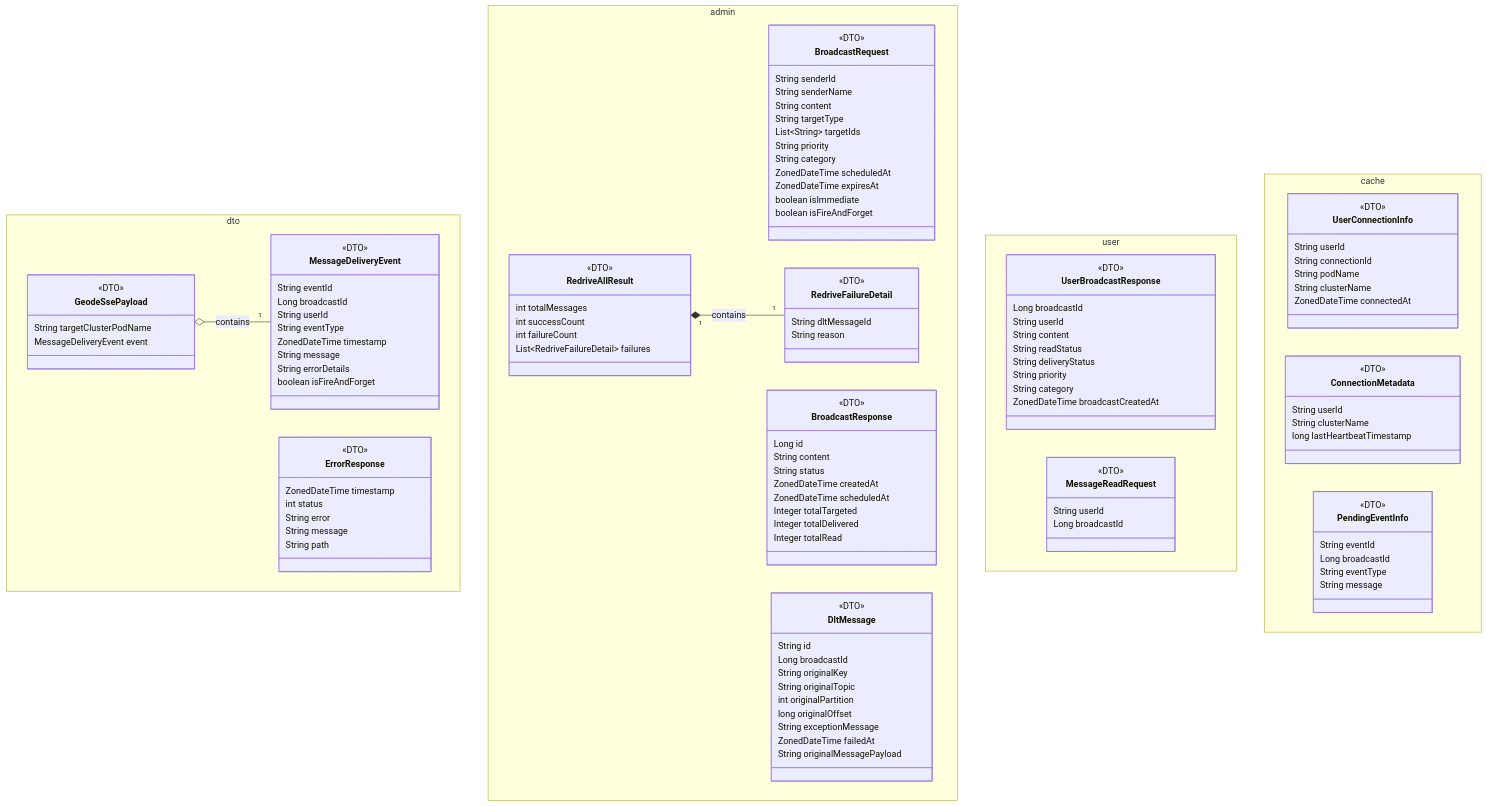
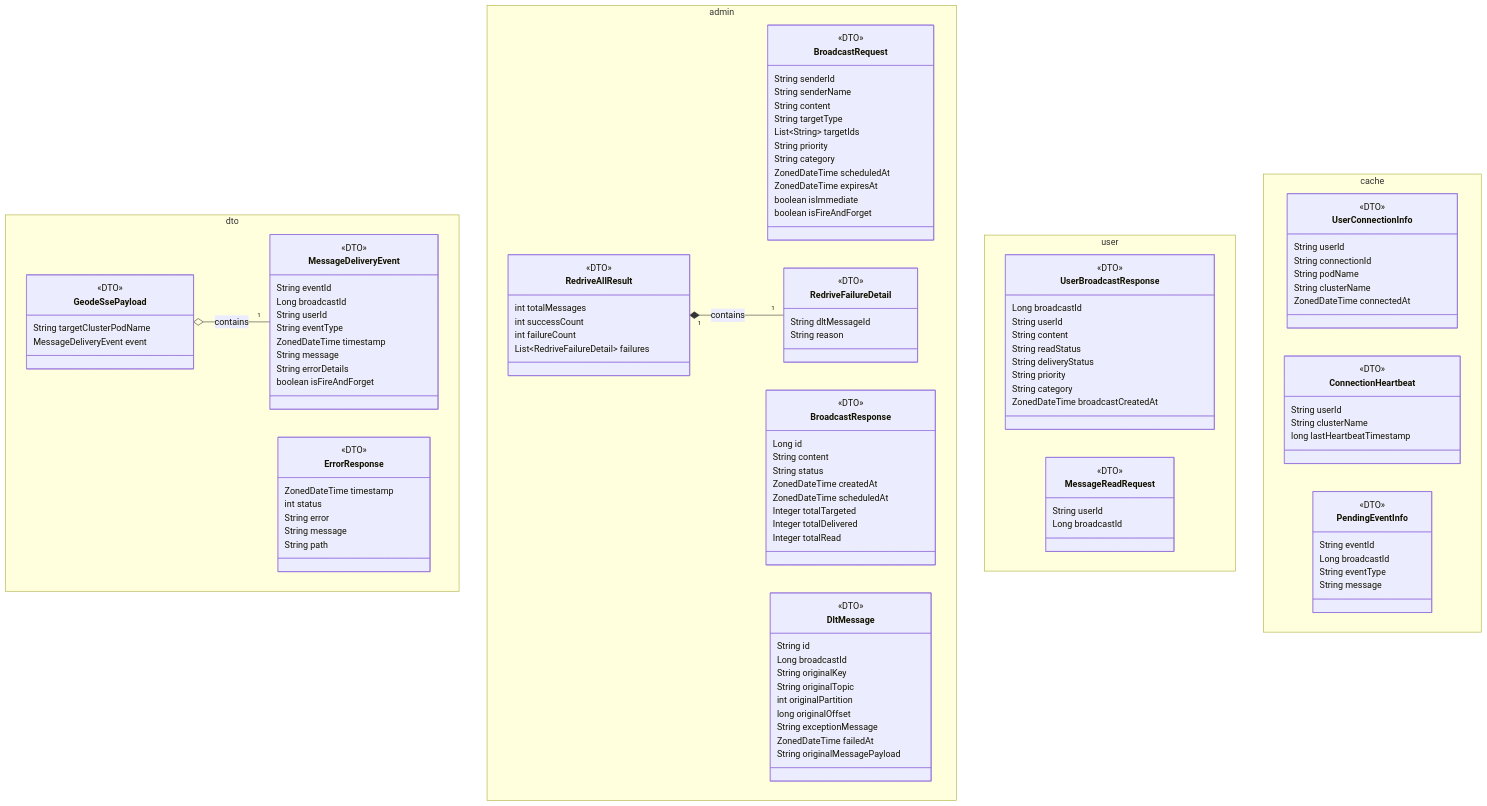
One commit to rsrini7/Notification-SSE-GLM-Flux changed the diagram in MermaidDiagrams/class-dto.mmd. Above: the diagram before and after it, drawn with Mermaid. The commit also changed 17 other files, not shown here.

```diff
--- a/MermaidDiagrams/class-dto.mmd
+++ b/MermaidDiagrams/class-dto.mmd
@@ -1,127 +1,127 @@
 classDiagram
     direction TB
 
     namespace dto {
         class MessageDeliveryEvent {
             <<DTO>>
             String eventId
             Long broadcastId
             String userId
             String eventType
             ZonedDateTime timestamp
             String message
             String errorDetails
             boolean isFireAndForget
         }
         class ErrorResponse {
             <<DTO>>
             ZonedDateTime timestamp
             int status
             String error
             String message
             String path
         }
         class GeodeSsePayload {
             <<DTO>>
             String targetClusterPodName
             MessageDeliveryEvent event
         }
     }
 
     namespace admin {
         class BroadcastRequest {
             <<DTO>>
             String senderId
             String senderName
             String content
             String targetType
             List~String~ targetIds
             String priority
             String category
             ZonedDateTime scheduledAt
             ZonedDateTime expiresAt
             boolean isImmediate
             boolean isFireAndForget
         }
         class BroadcastResponse {
             <<DTO>>
             Long id
             String content
             String status
             ZonedDateTime createdAt
             ZonedDateTime scheduledAt
             Integer totalTargeted
             Integer totalDelivered
             Integer totalRead
         }
         class DltMessage {
             <<DTO>>
             String id
             Long broadcastId
             String originalKey
             String originalTopic
             int originalPartition
             long originalOffset
             String exceptionMessage
             ZonedDateTime failedAt
             String originalMessagePayload
         }
         class RedriveAllResult {
             <<DTO>>
             int totalMessages
             int successCount
             int failureCount
             List~RedriveFailureDetail~ failures
         }
         class RedriveFailureDetail {
             <<DTO>>
             String dltMessageId
             String reason
         }
     }
 
     namespace user {
         class UserBroadcastResponse {
             <<DTO>>
             Long broadcastId
             String userId
             String content
             String readStatus
             String deliveryStatus
             String priority
             String category
             ZonedDateTime broadcastCreatedAt
         }
         class MessageReadRequest {
             <<DTO>>
             String userId
             Long broadcastId
         }
     }
 
     namespace cache {
         class UserConnectionInfo {
             <<DTO>>
             String userId
             String connectionId
             String podName
             String clusterName
             ZonedDateTime connectedAt
         }
-        class ConnectionMetadata {
+        class ConnectionHeartbeat {
             <<DTO>>
             String userId
             String clusterName
             long lastHeartbeatTimestamp
         }
         class PendingEventInfo {
             <<DTO>>
             String eventId
             Long broadcastId
             String eventType
             String message
         }
     }
     
     RedriveAllResult "1" *-- "1" RedriveFailureDetail : contains
     GeodeSsePayload o-- "1" MessageDeliveryEvent : contains
```
